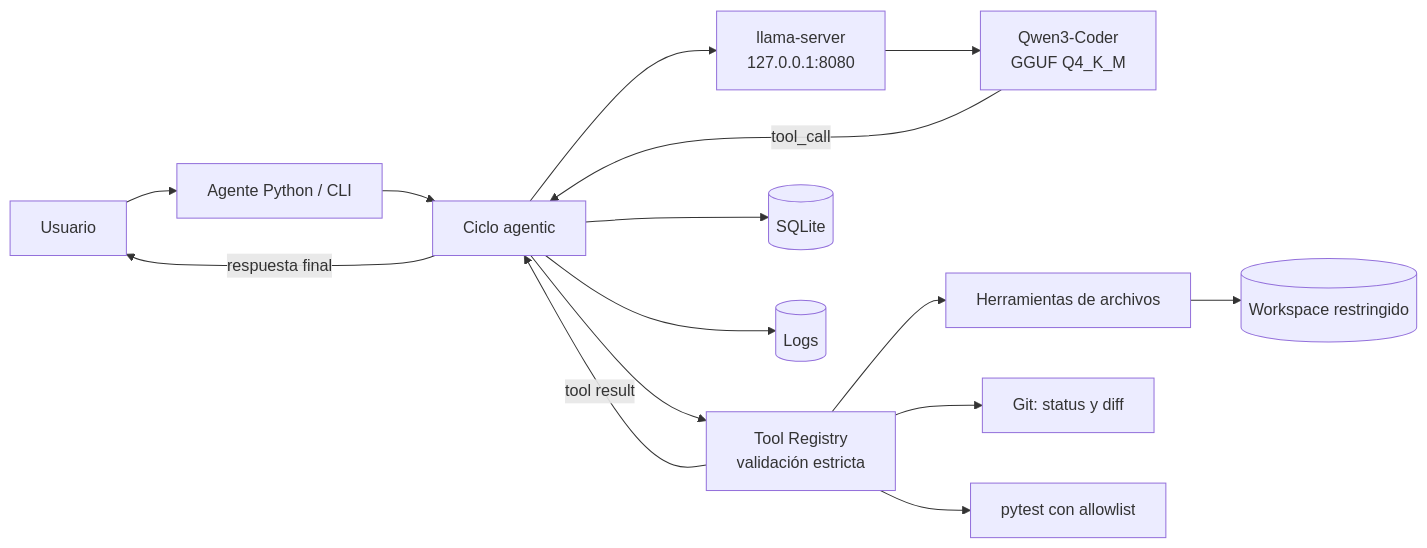
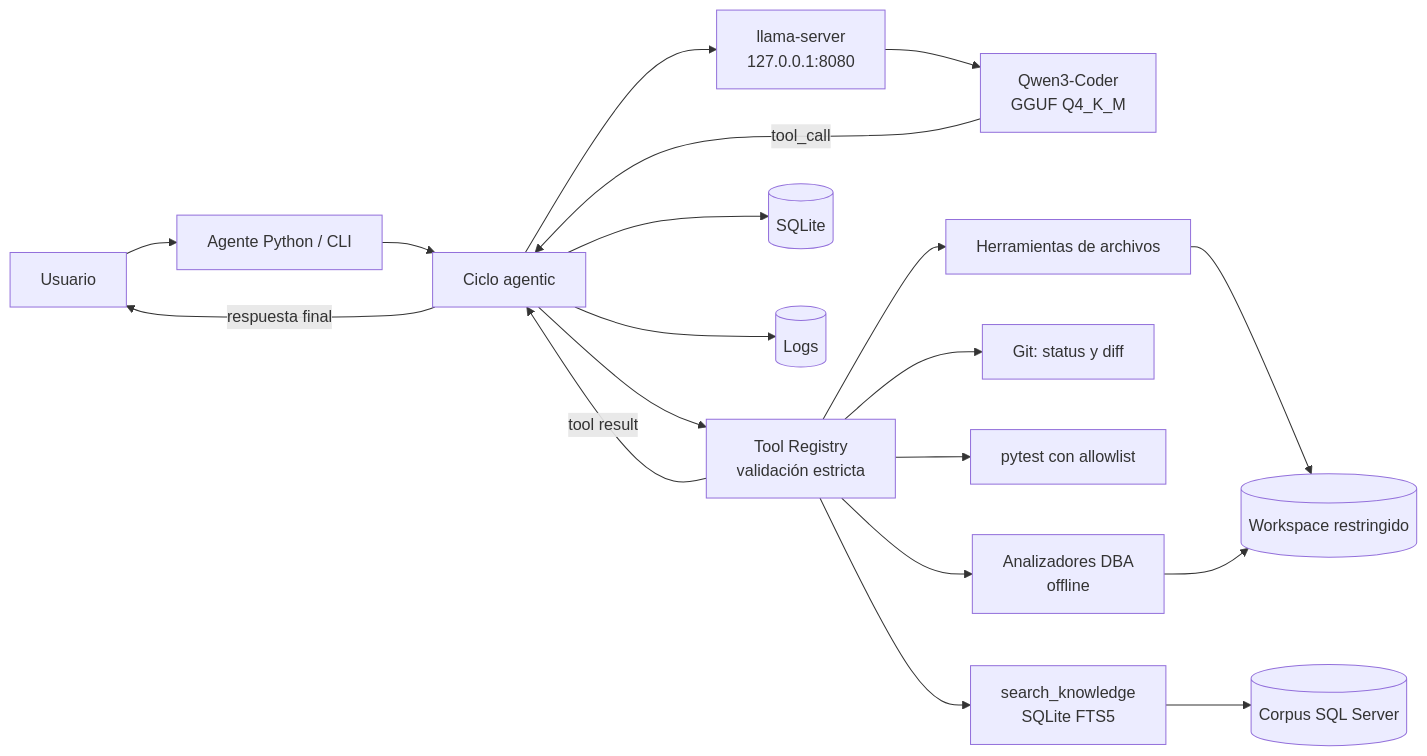
Before and after one commit to Marlon-Castillo-F/qwen3-local-ai-agent: the diagram in README.md, drawn with Mermaid. The commit also changed other lines of this file and 8 other files, not shown here.

````diff
--- a/README.md
+++ b/README.md
@@ -29,17 +32,21 @@
 ```mermaid
 flowchart LR
     U[Usuario] --> CLI[Agente Python / CLI]
     CLI --> A[Ciclo agentic]
     A --> API[llama-server<br/>127.0.0.1:8080]
     API --> Q[Qwen3-Coder<br/>GGUF Q4_K_M]
     Q -->|tool_call| A
     A --> R[Tool Registry<br/>validación estricta]
     R --> F[Herramientas de archivos]
     R --> G[Git: status y diff]
     R --> T[pytest con allowlist]
+    R --> K[search_knowledge<br/>SQLite FTS5]
+    R --> D[Analizadores DBA<br/>offline]
     F --> W[(Workspace restringido)]
+    K --> C[(Corpus SQL Server)]
+    D --> W
     A --> M[(SQLite)]
     A --> L[(Logs)]
     R -->|tool result| A
     A -->|respuesta final| U
 ```
````
